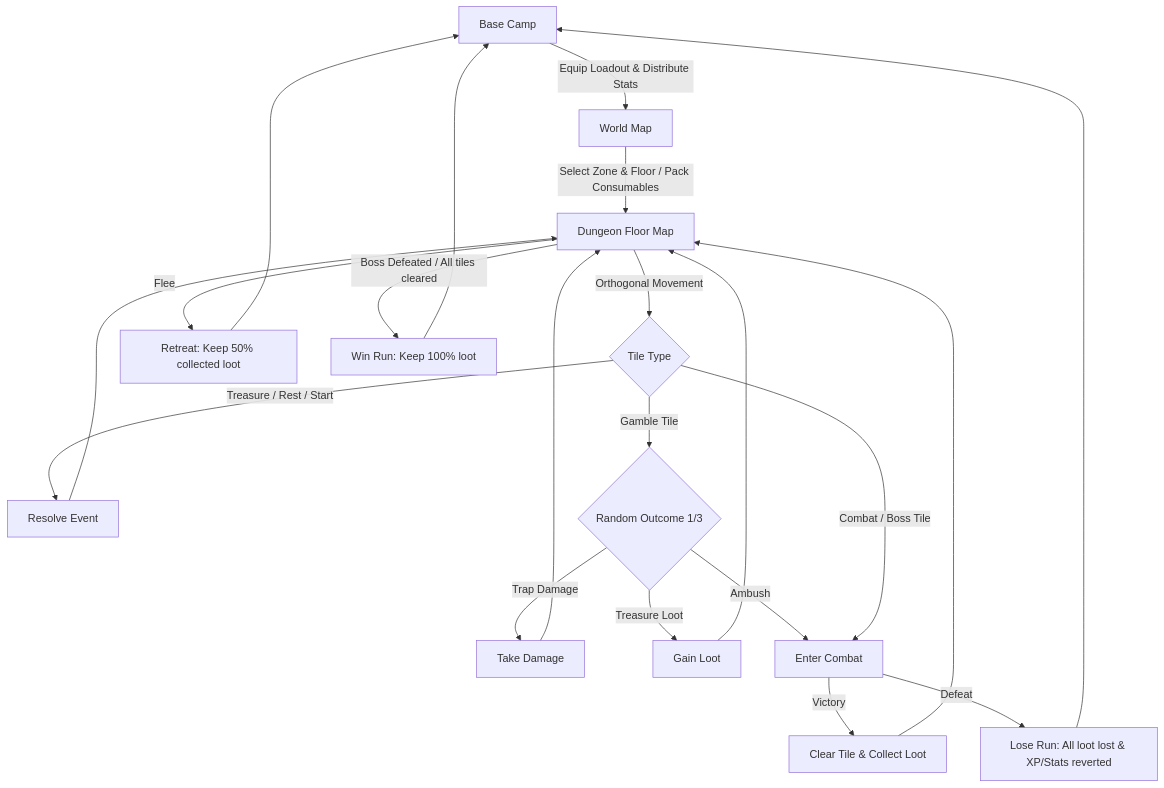
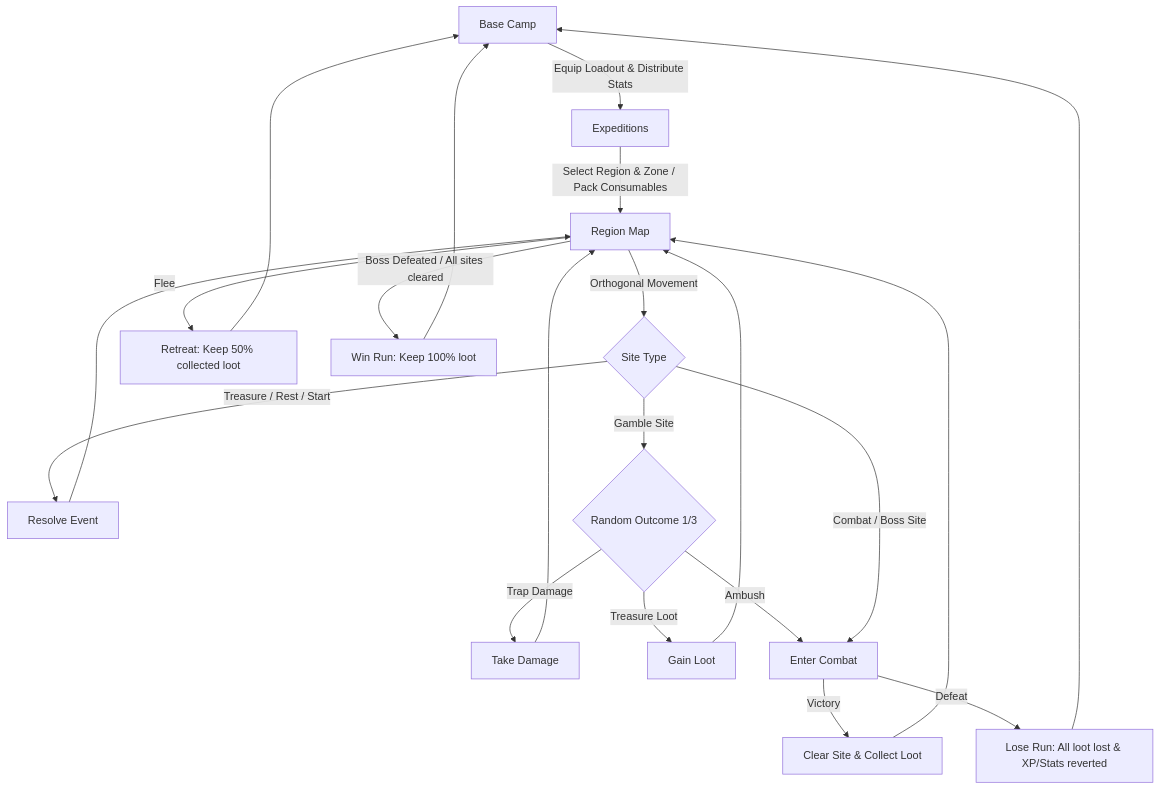
The first of 2 diagrams in gamedetails.md (lucastelpis/meow-depths), drawn with Mermaid before and after one commit. The commit also changed other lines of this file and 11 other files, not shown here.

Commit message:
feat: update terminology to Region/Zone/Site/Expedition and improve map arrow positioning/styles

````diff
--- a/gamedetails.md
+++ b/gamedetails.md
@@ -11,23 +11,23 @@
 ```mermaid
 graph TD
-    A[Base Camp] -->|Equip Loadout & Distribute Stats| B[World Map]
-    B -->|Select Zone & Floor / Pack Consumables| C[Dungeon Floor Map]
-    C -->|Orthogonal Movement| D{Tile Type}
+    A[Base Camp] -->|Equip Loadout & Distribute Stats| B[Expeditions]
+    B -->|Select Region & Zone / Pack Consumables| C[Region Map]
+    C -->|Orthogonal Movement| D{Site Type}
     D -->|Treasure / Rest / Start| E[Resolve Event]
-    D -->|Gamble Tile| F{Random Outcome 1/3}
+    D -->|Gamble Site| F{Random Outcome 1/3}
     F -->|Trap Damage| G[Take Damage]
     F -->|Treasure Loot| H[Gain Loot]
     F -->|Ambush| I[Enter Combat]
-    D -->|Combat / Boss Tile| I
+    D -->|Combat / Boss Site| I
     E --> C
     G --> C
     H --> C
-    I -->|Victory| J[Clear Tile & Collect Loot]
+    I -->|Victory| J[Clear Site & Collect Loot]
     I -->|Defeat| K[Lose Run: All loot lost & XP/Stats reverted]
     J --> C
     C -->|Flee| L[Retreat: Keep 50% collected loot]
-    C -->|Boss Defeated / All tiles cleared| M[Win Run: Keep 100% loot]
+    C -->|Boss Defeated / All sites cleared| M[Win Run: Keep 100% loot]
     K --> A
     L --> A
     M --> A
 ```
````
